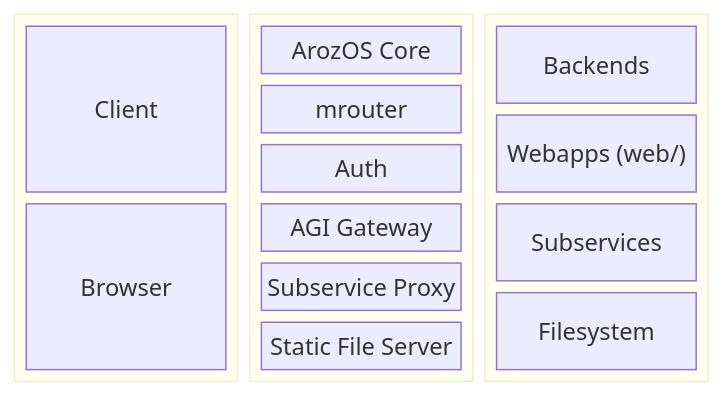
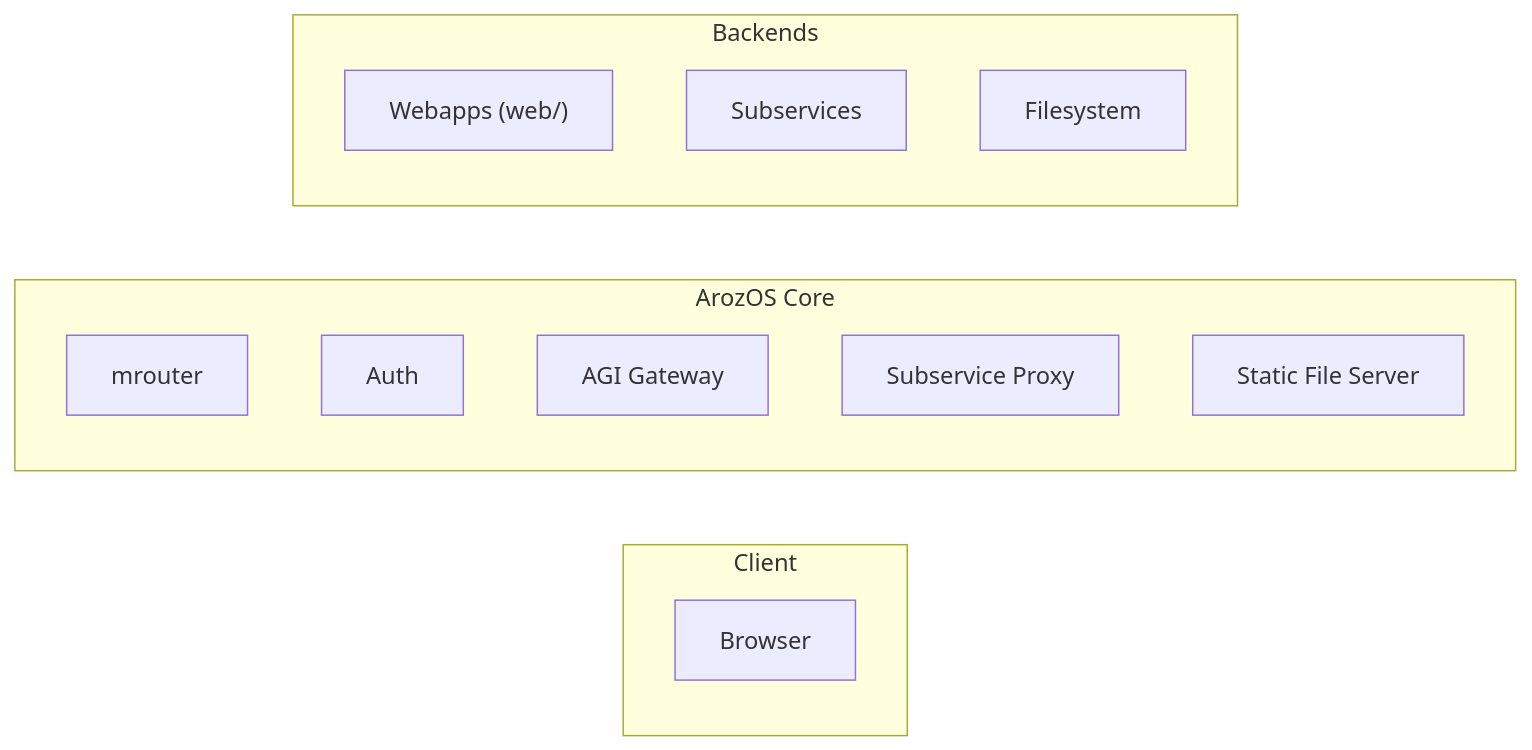
One commit to neonspectra/monika-aroz changed the first of 5 diagrams in docs/architecture.md. Above: the diagram before and after it, drawn with Mermaid.

Commit message:
Switch component overview to flowchart with labeled subgraphs
block-beta labels don't render on GitHub. Flowchart subgraphs
have reliable title rendering.

````diff
--- a/docs/architecture.md
+++ b/docs/architecture.md
@@ -7,28 +7,20 @@
 ```mermaid
-block-beta
-  columns 3
-
-  block:client:1
-    columns 1
-    A["Client"]
+flowchart LR
+  subgraph Client
     Browser
   end
 
-  block:arozos:1
-    columns 1
-    B["ArozOS Core"]
-    C["mrouter"]
-    D["Auth"]
-    E["AGI Gateway"]
-    F["Subservice Proxy"]
-    G["Static File Server"]
+  subgraph Core["ArozOS Core"]
+    mrouter
+    Auth
+    AGI["AGI Gateway"]
+    SubProxy["Subservice Proxy"]
+    StaticFS["Static File Server"]
   end
 
-  block:backends:1
-    columns 1
-    H["Backends"]
-    I["Webapps (web/)"]
-    J["Subservices"]
-    K["Filesystem"]
+  subgraph Backends
+    Webapps["Webapps (web/)"]
+    Subservices
+    Filesystem
   end
 ```
````
